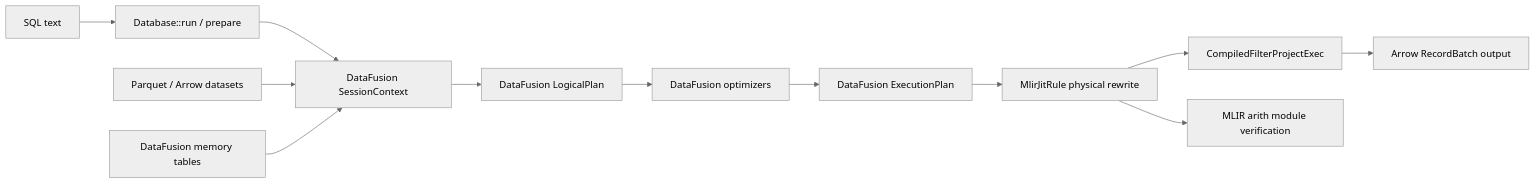
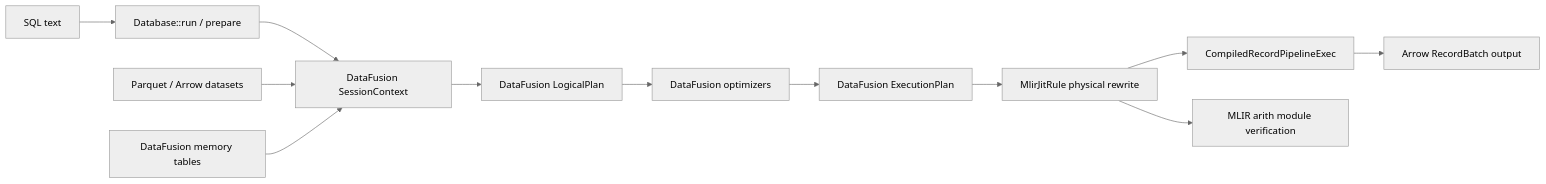
The diagram in docs/src/architecture.md (feichai0017/QuillSQL), drawn with Mermaid (neutral theme) before and after one commit. The commit also changed other lines of this file and 12 other files, not shown here.

````diff
--- a/docs/src/architecture.md
+++ b/docs/src/architecture.md
@@ -10,15 +10,15 @@
 ```mermaid
 flowchart LR
     SQL["SQL text"] --> DB["Database::run / prepare"]
     DB --> DF["DataFusion SessionContext"]
     DF --> Logical["DataFusion LogicalPlan"]
     Logical --> Optimized["DataFusion optimizers"]
     Optimized --> Physical["DataFusion ExecutionPlan"]
     Physical --> JITRule["MlirJitRule physical rewrite"]
-    JITRule --> CompiledExec["CompiledFilterProjectExec"]
+    JITRule --> CompiledExec["CompiledRecordPipelineExec"]
     CompiledExec --> Arrow["Arrow RecordBatch output"]
 
     Parquet["Parquet / Arrow datasets"] --> DF
     Memory["DataFusion memory tables"] --> DF
     JITRule --> MLIR["MLIR arith module verification"]
 ```
````
